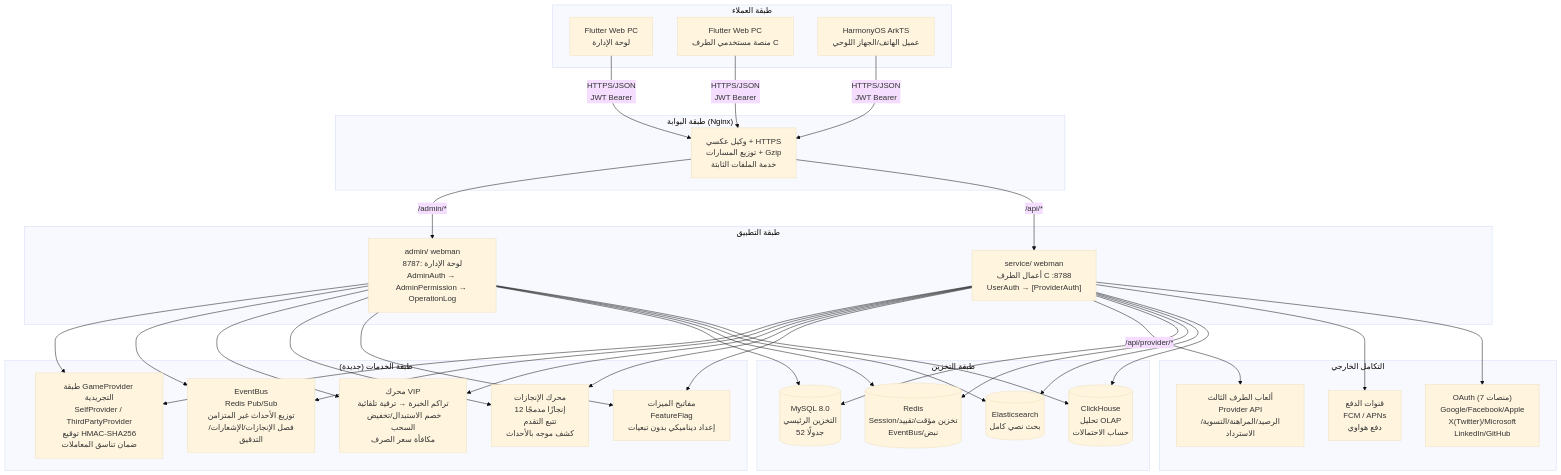
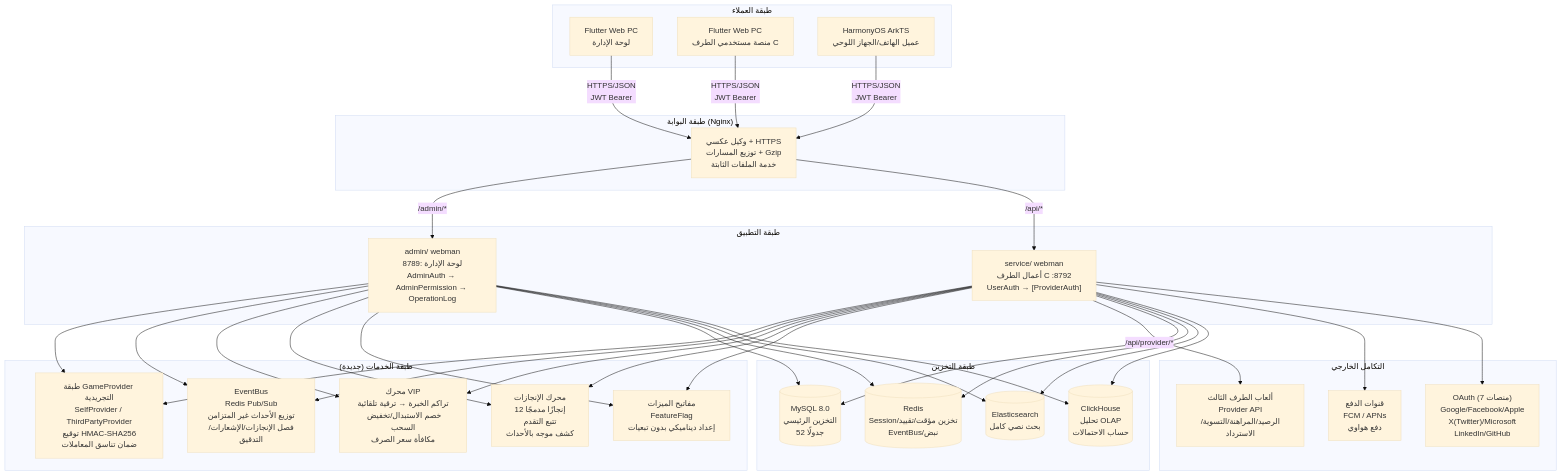
Before and after one commit to erikwang2013/game-platform-php: the first of 2 diagrams in docs/ARCHITECTURE.ar.md, drawn with Mermaid (base theme). The commit also changed other lines of this file and 265 other files, not shown here.

````diff
--- a/docs/ARCHITECTURE.ar.md
+++ b/docs/ARCHITECTURE.ar.md
@@ -11,46 +11,46 @@
 ```mermaid
 flowchart TB
     subgraph "طبقة العملاء"
         A1["Flutter Web PC<br/>لوحة الإدارة"]
         A2["Flutter Web PC<br/>منصة مستخدمي الطرف C"]
         A3["HarmonyOS ArkTS<br/>عميل الهاتف/الجهاز اللوحي"]
     end
 
     subgraph "طبقة البوابة (Nginx)"
         B1["وكيل عكسي + HTTPS<br/>توزيع المسارات + Gzip<br/>خدمة الملفات الثابتة"]
     end
 
     subgraph "طبقة التطبيق"
-        C1["admin/ webman<br/>لوحة الإدارة :8787<br/>AdminAuth → AdminPermission → OperationLog"]
-        C2["service/ webman<br/>أعمال الطرف C :8788<br/>UserAuth → [ProviderAuth]"]
+        C1["admin/ webman<br/>لوحة الإدارة :8789<br/>AdminAuth → AdminPermission → OperationLog"]
+        C2["service/ webman<br/>أعمال الطرف C :8792<br/>UserAuth → [ProviderAuth]"]
     end
 
     subgraph "طبقة الخدمات (جديدة)"
         D0["طبقة GameProvider التجريدية<br/>SelfProvider / ThirdPartyProvider<br/>توقيع HMAC-SHA256<br/>ضمان تناسق المعاملات"]
         D1["EventBus<br/>Redis Pub/Sub<br/>توزيع الأحداث غير المتزامن<br/>فصل الإنجازات/الإشعارات/التدقيق"]
         D2["محرك VIP<br/>تراكم الخبرة → ترقية تلقائية<br/>خصم الاستبدال/تخفيض السحب<br/>مكافأة سعر الصرف"]
         D3["محرك الإنجازات<br/>12 إنجازًا مدمجًا<br/>تتبع التقدم<br/>كشف موجه بالأحداث"]
         D4["مفاتيح الميزات<br/>FeatureFlag<br/>إعداد ديناميكي بدون تبعيات"]
     end
 
     subgraph "طبقة التخزين"
         E1[("MySQL 8.0<br/>التخزين الرئيسي<br/>52 جدولًا")]
         E2[("Redis<br/>Session/تخزين مؤقت/تقييد<br/>EventBus/نبض")]
         E3[("Elasticsearch<br/>بحث نصي كامل")]
         E4[("ClickHouse<br/>تحليل OLAP<br/>حساب الاحتمالات")]
     end
 
     subgraph "التكامل الخارجي"
         F1["ألعاب الطرف الثالث<br/>Provider API<br/>الرصيد/المراهنة/التسوية/الاسترداد"]
         F2["قنوات الدفع<br/>FCM / APNs<br/>دفع هواوي"]
         F3["OAuth (7 منصات)<br/>Google/Facebook/Apple<br/>X(Twitter)/Microsoft<br/>LinkedIn/GitHub"]
     end
 
     A1 & A2 & A3 -->|"HTTPS/JSON<br/>JWT Bearer"| B1
     B1 -->|"/admin/*"| C1
     B1 -->|"/api/*"| C2
     C1 & C2 --> D0 & D1 & D2 & D3 & D4
     C2 -->|"/api/provider/*"| F1
     C1 & C2 --> E1 & E2 & E3 & E4
     C2 --> F2 & F3
 ```
````
